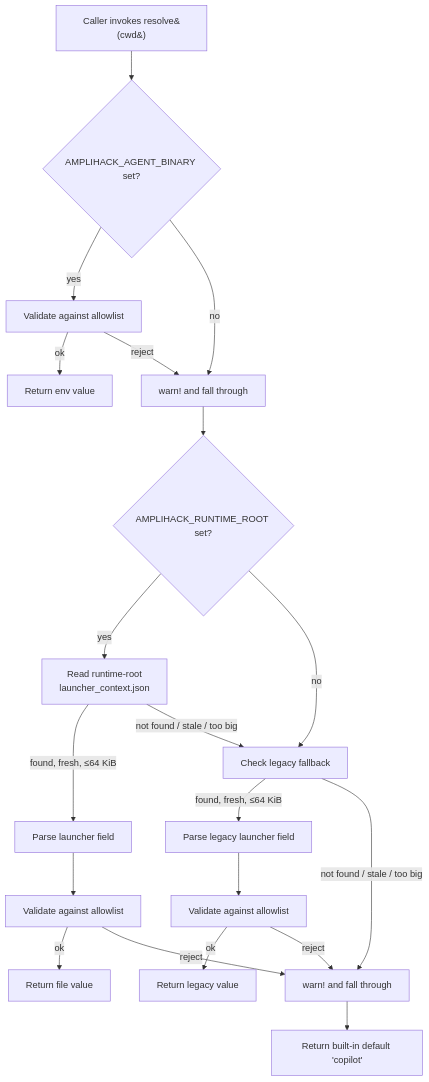
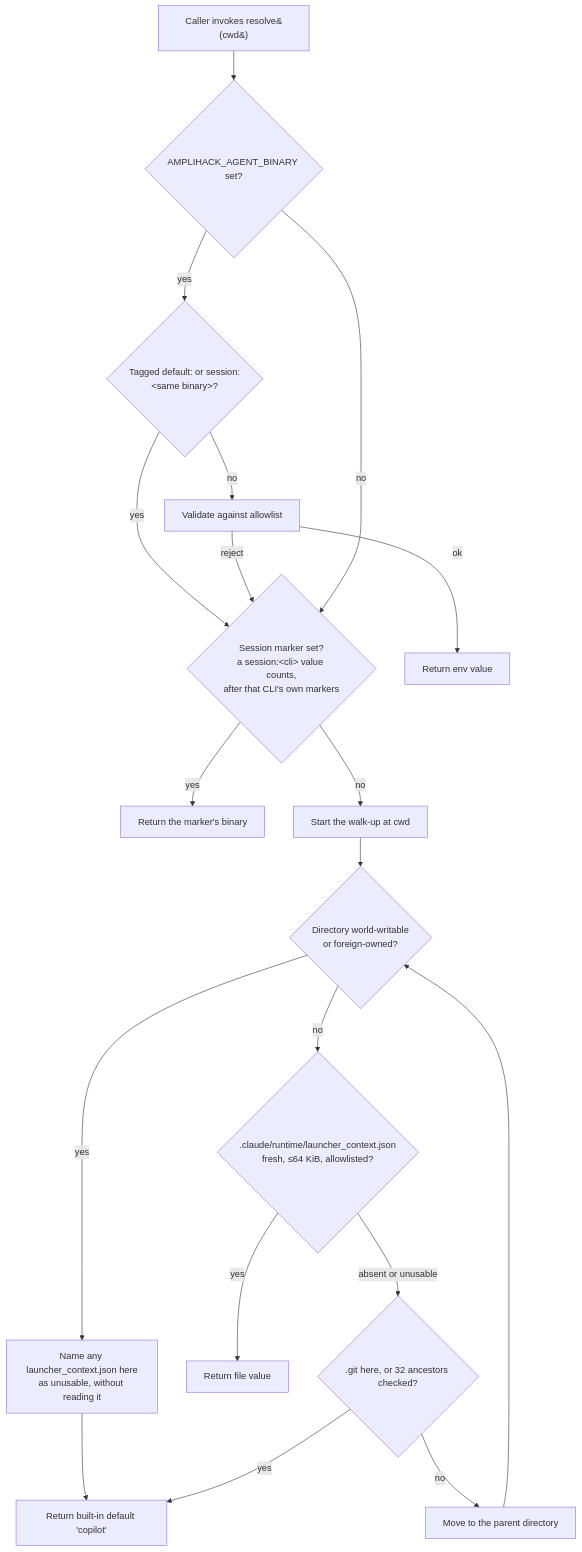
One commit to rysweet/amplihack-rs changed the first of 2 diagrams in docs/concepts/agent-binary-routing.md. Above: the diagram before and after it, drawn with Mermaid. The commit also changed other lines of this file and 82 other files, not shown here.

First line of the commit message:
fix(#1481, #1525): recipe run decides the agent binary once and hands it across detached launches; AMPLIHACK_AGENT_BINARY no longer forces subprocess-safe (#1490)

````diff
--- a/docs/concepts/agent-binary-routing.md
+++ b/docs/concepts/agent-binary-routing.md
@@ -50,22 +64,19 @@
 ```mermaid
 flowchart TD
     A[Caller invokes resolve&#40;cwd&#41;] --> B{AMPLIHACK_AGENT_BINARY set?}
-    B -- yes --> V1[Validate against allowlist]
+    B -- yes --> T{Tagged default: or session:<br/>&lt;same binary&gt;?}
+    T -- yes --> M
+    T -- no --> V1[Validate against allowlist]
     V1 -- ok --> R1[Return env value]
-    V1 -- reject --> W1[warn! and fall through]
-    B -- no --> W1
-    W1 --> C{AMPLIHACK_RUNTIME_ROOT set?}
-    C -- yes --> F1[Read runtime-root<br/>launcher_context.json]
-    C -- no --> L1[Check legacy fallback]
-    F1 -- found, fresh, ≤64 KiB --> P[Parse launcher field]
-    P --> V2[Validate against allowlist]
-    V2 -- ok --> R2[Return file value]
-    V2 -- reject --> W2[warn! and fall through]
-    F1 -- not found / stale / too big --> L1[Check legacy fallback]
-    L1 -- found, fresh, ≤64 KiB --> P2[Parse legacy launcher field]
-    P2 --> V3[Validate against allowlist]
-    V3 -- ok --> R3[Return legacy value]
-    V3 -- reject --> W2[warn! and fall through]
-    L1 -- not found / stale / too big --> W2
-    W2 --> D[Return built-in default 'copilot']
+    V1 -- reject --> M
+    B -- no --> M{Session marker set?<br/>a session:&lt;cli&gt; value counts,<br/>after that CLI's own markers}
+    M -- yes --> R2[Return the marker's binary]
+    M -- no --> L1[Start the walk-up at cwd]
+    L1 --> U{Directory world-writable<br/>or foreign-owned?}
+    U -- yes --> N[Name any launcher_context.json here<br/>as unusable, without reading it] --> D
+    U -- no --> F{.claude/runtime/launcher_context.json<br/>fresh, ≤64 KiB, allowlisted?}
+    F -- yes --> R3[Return file value]
+    F -- absent or unusable --> G{.git here, or 32 ancestors checked?}
+    G -- yes --> D[Return built-in default 'copilot']
+    G -- no --> L2[Move to the parent directory] --> U
 ```
````
